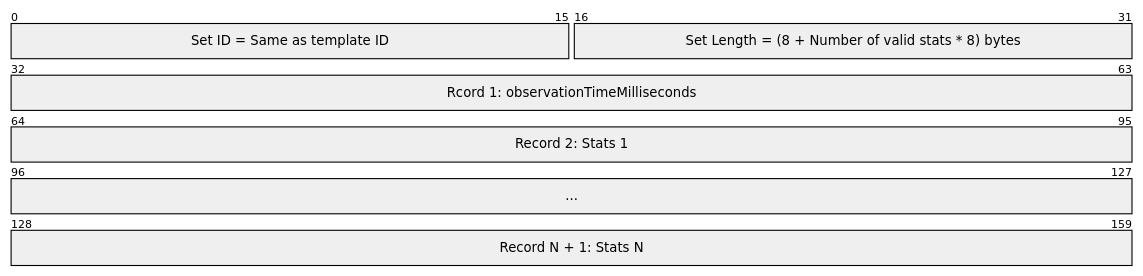
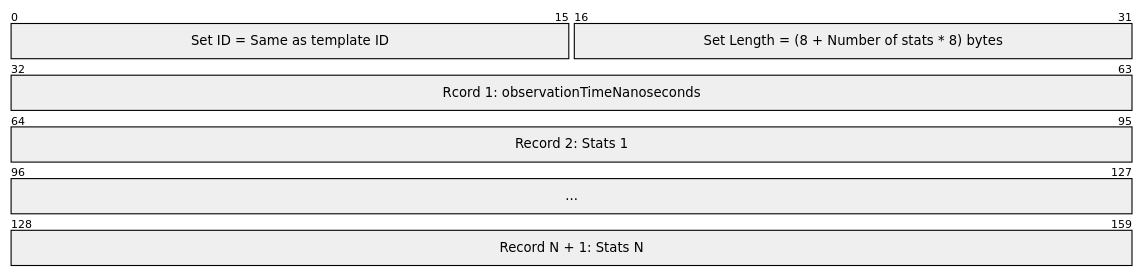
Before and after one commit to sonic-net/SONiC: the sixth of 9 diagrams in doc/stream-telemetry/stream-telemetry-hld.md, drawn with Mermaid. The commit also changed other lines of this file and 1 other file, not shown here.

````diff
--- a/doc/stream-telemetry/stream-telemetry-hld.md
+++ b/doc/stream-telemetry/stream-telemetry-hld.md
@@ -241,14 +276,14 @@
 ``` mermaid
 
 ---
-title: stream message of IPFIX data
+title: A snapshot of IPFIX data
 ---
 packet-beta
 0-15: "Set ID = Same as template ID"
-16-31: "Set Length = (8 + Number of valid stats * 8) bytes"
-32-63: "Rcord 1: observationTimeMilliseconds"
+16-31: "Set Length = (8 + Number of stats * 8) bytes"
+32-63: "Rcord 1: observationTimeNanoseconds"
 64-95: "Record 2: Stats 1"
 96-127: "..."
 128-159: "Record N + 1: Stats N"
 
 ```
````
